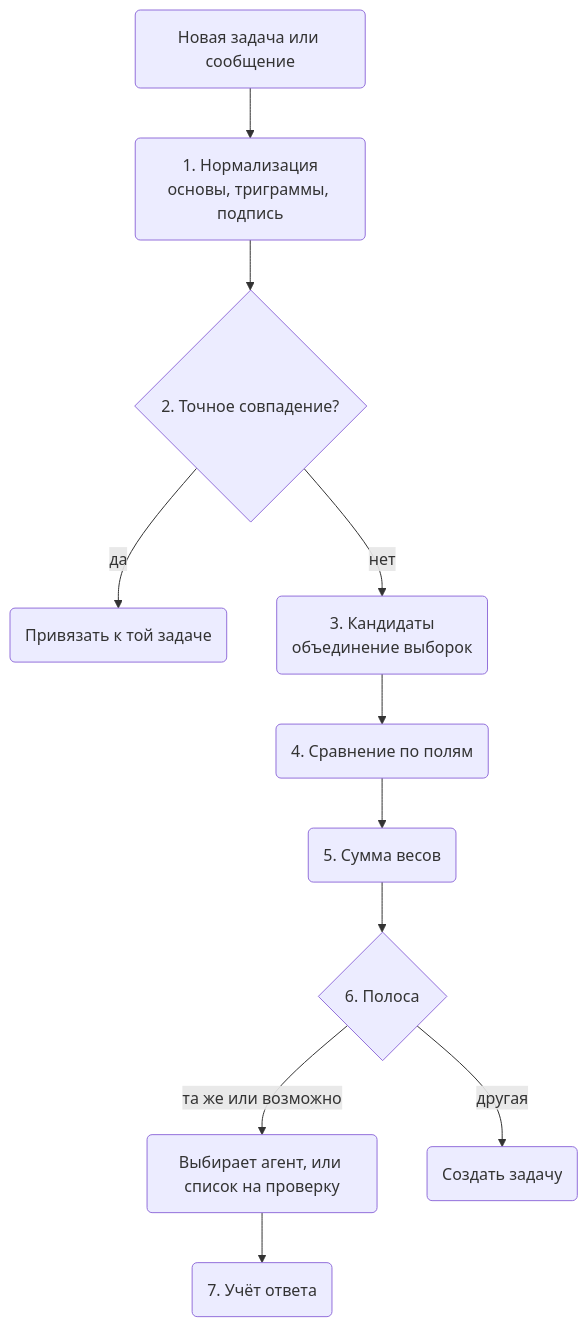
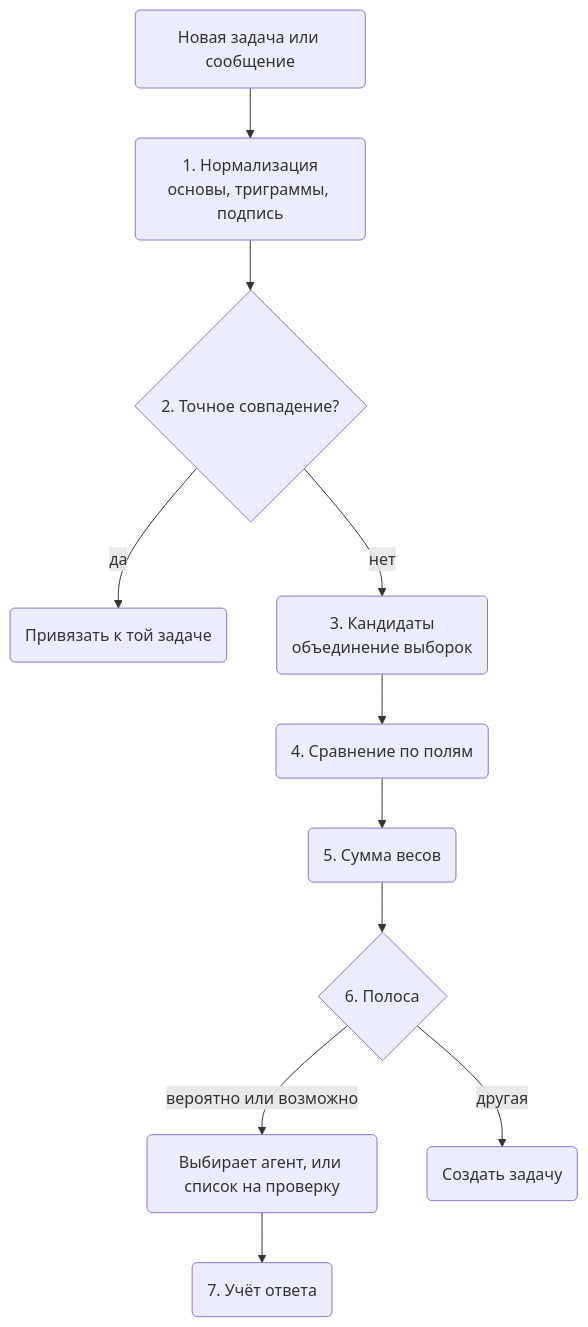
One commit to WireCatLabs/cli-docs changed the diagram in content/docs/tasks-architecture.ru.mdx. Above: the diagram before and after it, drawn with Mermaid. The commit also changed other lines of this file and 5 other files, not shown here.

````diff
--- a/content/docs/tasks-architecture.ru.mdx
+++ b/content/docs/tasks-architecture.ru.mdx
@@ -92,13 +92,13 @@
 ```mermaid Как новая задача проверяется на дубликаты
 graph TD
   New("Новая задача или сообщение") --> Norm("1. Нормализация<br>основы, триграммы, подпись")
   Norm --> Certain{"2. Точное совпадение?"}
   Certain -->|"да"| Attach("Привязать к той задаче")
   Certain -->|"нет"| Cand("3. Кандидаты<br>объединение выборок")
   Cand --> Compare("4. Сравнение по полям")
   Compare --> Score("5. Сумма весов")
   Score --> Decide{"6. Полоса"}
-  Decide -->|"та же или возможно"| Ask("Выбирает агент, или список на проверку")
+  Decide -->|"вероятно или возможно"| Ask("Выбирает агент, или список на проверку")
   Decide -->|"другая"| Create("Создать задачу")
   Ask --> Learn("7. Учёт ответа")
 ```
````
